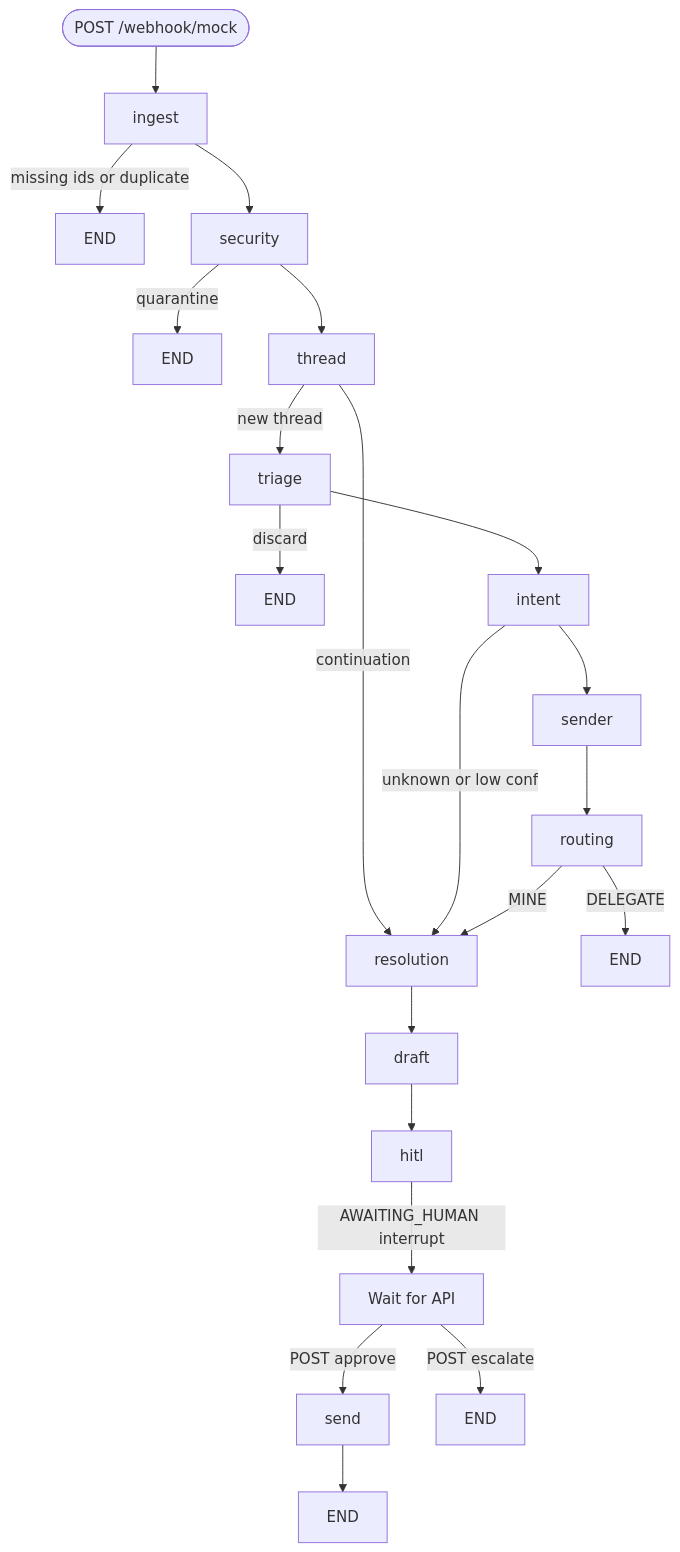
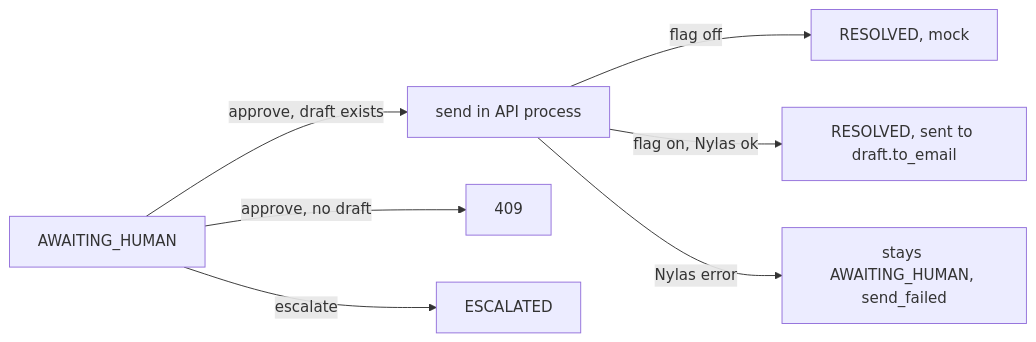
The fourth of 4 diagrams in docs/diagrams/LAB_CALL_DIAGRAMS.md (Jtomaspires/AP-wokflow), drawn with Mermaid before and after one commit. The commit also changed other lines of this file and 138 other files, not shown here.

````diff
--- a/docs/diagrams/LAB_CALL_DIAGRAMS.md
+++ b/docs/diagrams/LAB_CALL_DIAGRAMS.md
@@ -139,23 +119,9 @@
 ```mermaid
-flowchart TD
-  START2([POST /webhook/mock]) --> ingest
-  ingest -->|missing ids or duplicate| E1[END]
-  ingest --> security
-  security -->|quarantine| E2[END]
-  security --> thread
-  thread -->|continuation| resolution
-  thread -->|new thread| triage
-  triage -->|discard| E3[END]
-  triage --> intent
-  intent -->|unknown or low conf| resolution
-  intent --> sender
-  sender --> routing
-  routing -->|DELEGATE| E4[END]
-  routing -->|MINE| resolution
-  resolution --> draft
-  draft --> hitl
-  hitl -->|AWAITING_HUMAN interrupt| wait[Wait for API]
-  wait -->|POST approve| send
-  wait -->|POST escalate| E5[END]
-  send --> E6[END]
+flowchart LR
+  H[AWAITING_HUMAN] -->|approve, draft exists| S[send in API process]
+  H -->|approve, no draft| C[409]
+  H -->|escalate| X[ESCALATED]
+  S -->|flag off| M[RESOLVED, mock]
+  S -->|flag on, Nylas ok| N[RESOLVED, sent to draft.to_email]
+  S -->|Nylas error| F[stays AWAITING_HUMAN, send_failed]
 ```
````
